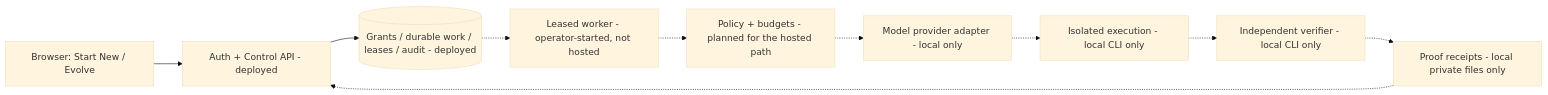
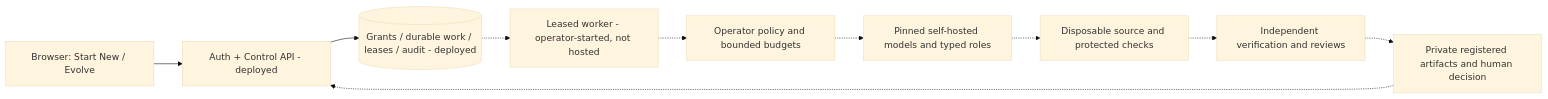
One commit to suhasaitham22/Oryveta changed the diagram in docs/ENTERPRISE-FOUNDATIONS.md. Above: the diagram before and after it, drawn with Mermaid (base theme). The commit also changed other lines of this file and 53 other files, not shown here.

````diff
--- a/docs/ENTERPRISE-FOUNDATIONS.md
+++ b/docs/ENTERPRISE-FOUNDATIONS.md
@@ -17,12 +17,12 @@
 ```mermaid
 flowchart LR
   U[Browser: Start New / Evolve] --> API[Auth + Control API - deployed]
   API --> DB[(Grants / durable work / leases / audit - deployed)]
   DB -.-> W[Leased worker - operator-started, not hosted]
-  W -.-> P[Policy + budgets - planned for the hosted path]
-  P -.-> AI[Model provider adapter - local only]
-  AI -.-> SB[Isolated execution - local CLI only]
-  SB -.-> V[Independent verifier - local CLI only]
-  V -.-> R[Proof receipts - local private files only]
+  W -.-> P[Operator policy and bounded budgets]
+  P -.-> AI[Pinned self-hosted models and typed roles]
+  AI -.-> SB[Disposable source and protected checks]
+  SB -.-> V[Independent verification and reviews]
+  V -.-> R[Private registered artifacts and human decision]
   R -.-> API
 ```
````
